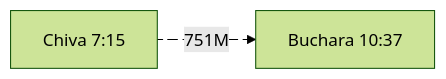
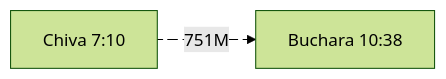
Before and after one commit to BeranekP/BeranekP.github.io: the fourth of 7 diagrams in content/travel/Uzbekistan/uzbekistan.md, drawn with Mermaid (forest theme).

````diff
--- a/content/travel/Uzbekistan/uzbekistan.md
+++ b/content/travel/Uzbekistan/uzbekistan.md
@@ -201,6 +201,6 @@
 ```mermaid
 flowchart LR
-    Chiva["Chiva 7:15"] e1@-->|751M| Buchara["Buchara 10:37"]
+    Chiva["Chiva 7:10"] e1@-->|751M| Buchara["Buchara 10:38"]
 
     e1@{ animation: fast }
 ```
````
